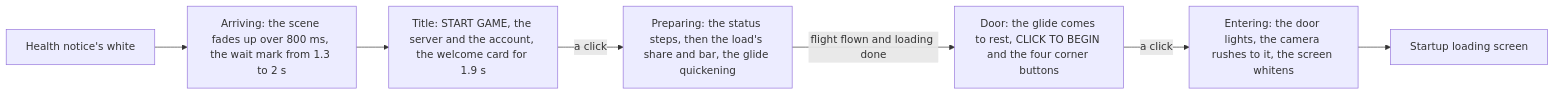
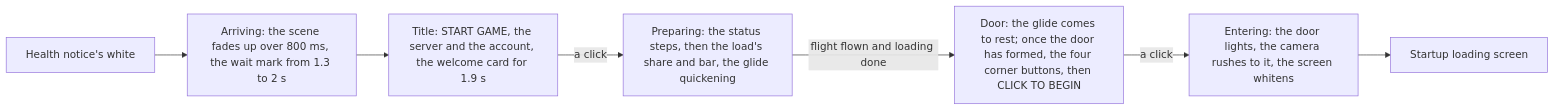
The first of 2 diagrams in apps/web/content/docs/genshin/login-screen.md (Esposter/Esposter), drawn with Mermaid before and after one commit. The commit also changed other lines of this file and 5 other files, not shown here.

First line of the commit message:
fix(genshin-world): bring the door's buttons and CLICK TO BEGIN once the door has formed, as the recording does

````diff
--- a/apps/web/content/docs/genshin/login-screen.md
+++ b/apps/web/content/docs/genshin/login-screen.md
@@ -12,9 +12,9 @@
 ```mermaid
 flowchart LR
   N[Health notice's white] --> A[Arriving: the scene fades up over 800 ms, the wait mark from 1.3 to 2 s]
   A --> T[Title: START GAME, the server and the account, the welcome card for 1.9 s]
   T -->|a click| P[Preparing: the status steps, then the load's share and bar, the glide quickening]
-  P -->|"flight flown and loading done"| D[Door: the glide comes to rest, CLICK TO BEGIN and the four corner buttons]
+  P -->|"flight flown and loading done"| D[Door: the glide comes to rest; once the door has formed, the four corner buttons, then CLICK TO BEGIN]
   D -->|a click| E[Entering: the door lights, the camera rushes to it, the screen whitens]
   E --> S[Startup loading screen]
 ```
````
